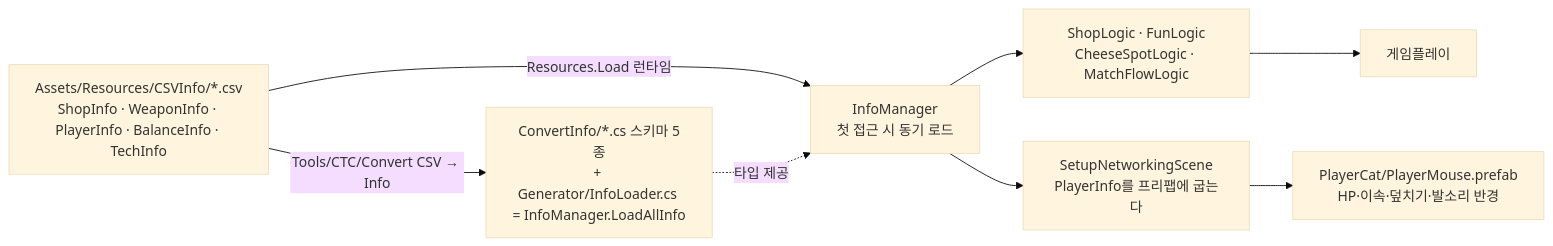
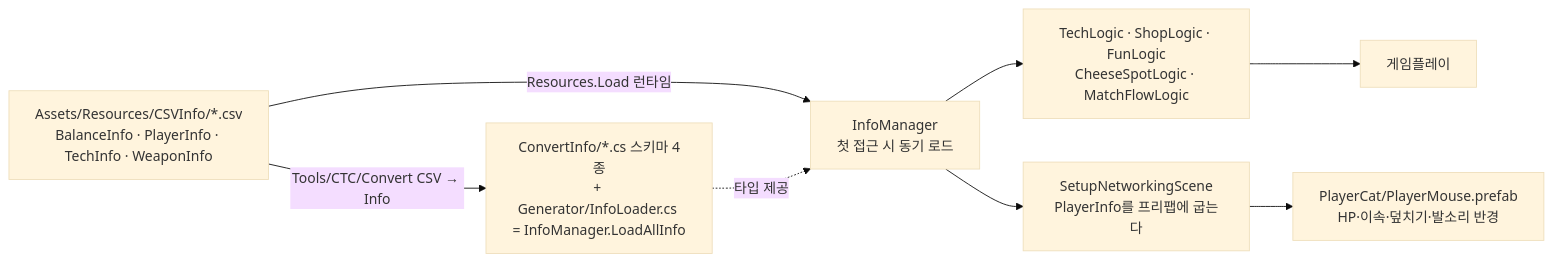
Before and after one commit to JeahanPark/The-Cheese-Thief-and-the-Cat: diagram 26 of 33 in CTC/docs/design-vault/코드 다이어그램.md, drawn with Mermaid (base theme). The commit also changed other lines of this file and 2 other files, not shown here.

Commit message:
test(qa): qa_v46 테크 뼈대·상점 자리 7항목 + qa_v41 상점 규칙 반영 + 코드 다이어그램 갱신

````diff
--- a/CTC/docs/design-vault/코드 다이어그램.md
+++ b/CTC/docs/design-vault/코드 다이어그램.md
@@ -1293,11 +1334,11 @@
 ```mermaid
 flowchart LR
-    CSV[Assets/Resources/CSVInfo/*.csv<br/>ShopInfo · WeaponInfo · PlayerInfo · BalanceInfo · TechInfo]
-    CSV -->|Tools/CTC/Convert CSV → Info| Gen[ConvertInfo/*.cs 스키마 5종<br/>+ Generator/InfoLoader.cs = InfoManager.LoadAllInfo]
+    CSV[Assets/Resources/CSVInfo/*.csv<br/>BalanceInfo · PlayerInfo · TechInfo · WeaponInfo]
+    CSV -->|Tools/CTC/Convert CSV → Info| Gen[ConvertInfo/*.cs 스키마 4종<br/>+ Generator/InfoLoader.cs = InfoManager.LoadAllInfo]
     CSV -->|Resources.Load 런타임| IM[InfoManager<br/>첫 접근 시 동기 로드]
     Gen -.타입 제공.-> IM
-    IM --> Logic[ShopLogic · FunLogic<br/>CheeseSpotLogic · MatchFlowLogic]
+    IM --> Logic[TechLogic · ShopLogic · FunLogic<br/>CheeseSpotLogic · MatchFlowLogic]
     IM --> Setup[SetupNetworkingScene<br/>PlayerInfo를 프리팹에 굽는다]
     Logic --> Game[게임플레이]
     Setup --> Prefab[PlayerCat/PlayerMouse.prefab<br/>HP·이속·덮치기·발소리 반경]
 ```
````
